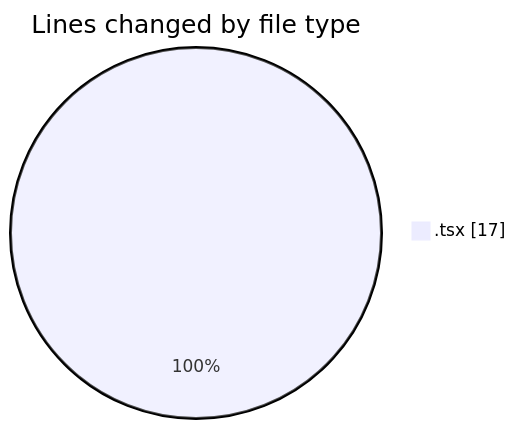
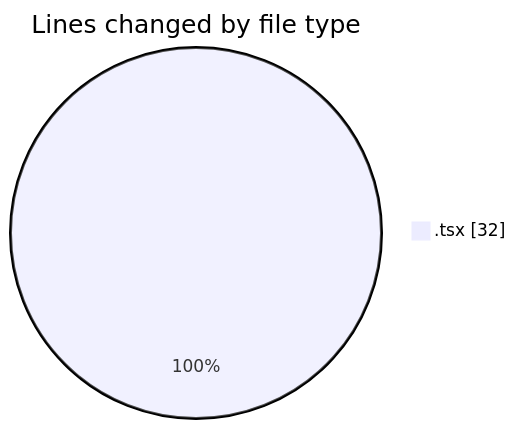
Before and after one commit to robertbonfada/code-tracking: the first of 2 diagrams in 2025-03-10/mbc-web/README.md, drawn with Mermaid. The commit also changed other lines of this file and 1 other file, not shown here.

````diff
--- a/2025-03-10/mbc-web/README.md
+++ b/2025-03-10/mbc-web/README.md
@@ -21,5 +22,5 @@
 ```mermaid
 pie showData
 title Lines changed by file type
-".tsx" : 17
+".tsx" : 32
 ```
````
